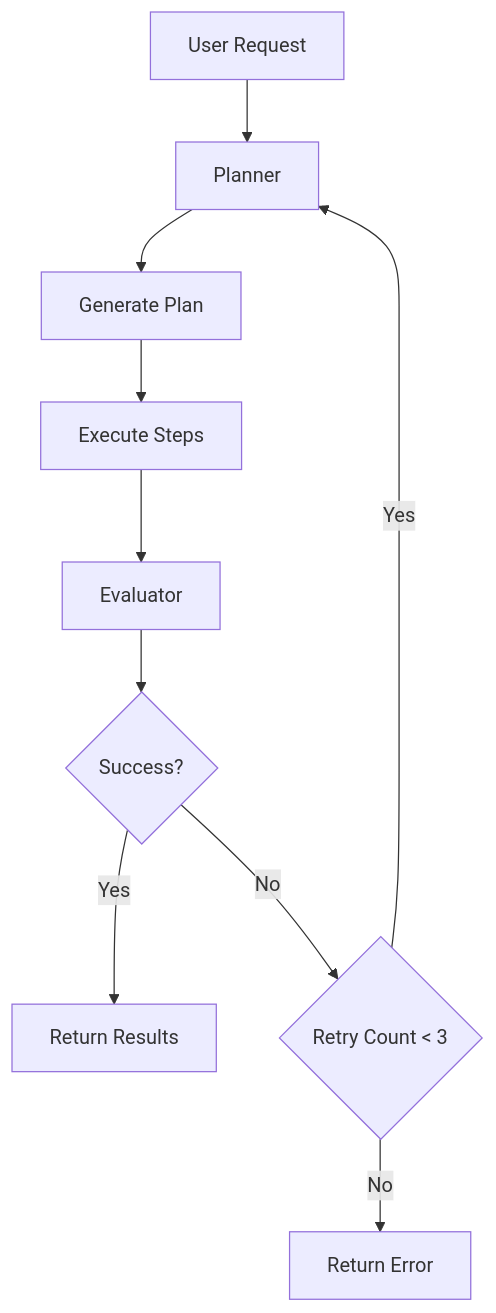
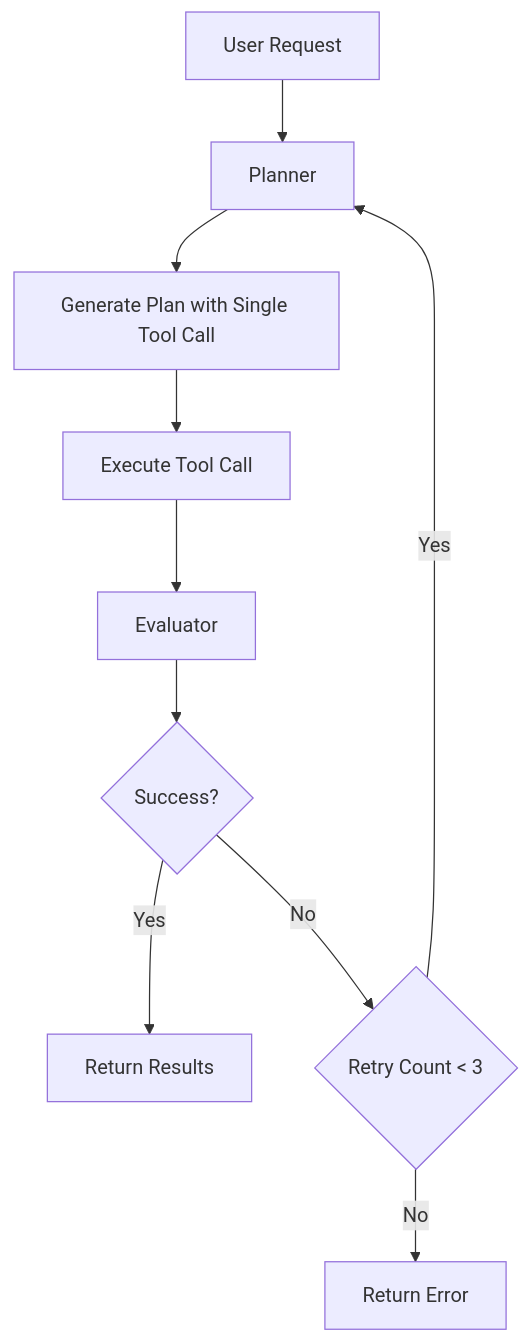
The second of 2 diagrams in packages/github-agent/README.md (giselles-ai/giselle), drawn with Mermaid before and after one commit. The commit also changed other lines of this file and 5 other files, not shown here.

````diff
--- a/packages/github-agent/README.md
+++ b/packages/github-agent/README.md
@@ -102,12 +102,12 @@
 ```mermaid
 flowchart TD
     A[User Request] --> B[Planner]
-    B --> C[Generate Plan]
-    C --> D[Execute Steps]
+    B --> C[Generate Plan with Single Tool Call]
+    C --> D[Execute Tool Call]
     D --> E[Evaluator]
     E --> F{Success?}
     F -->|Yes| G[Return Results]
     F -->|No| H{Retry Count < 3}
     H -->|Yes| B
     H -->|No| I[Return Error]
 ```
````
